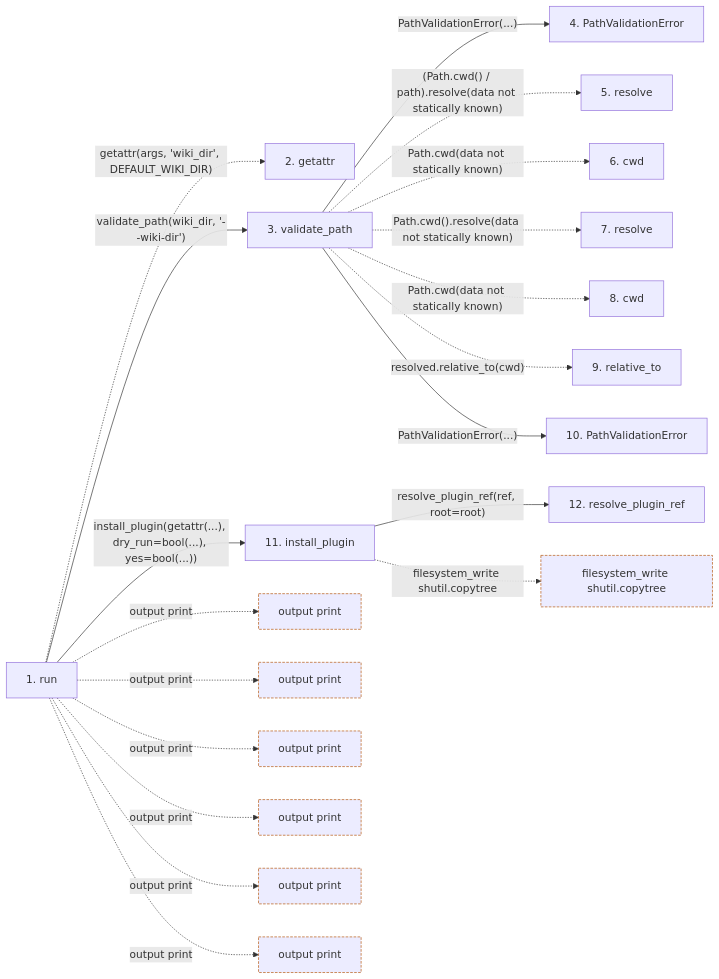
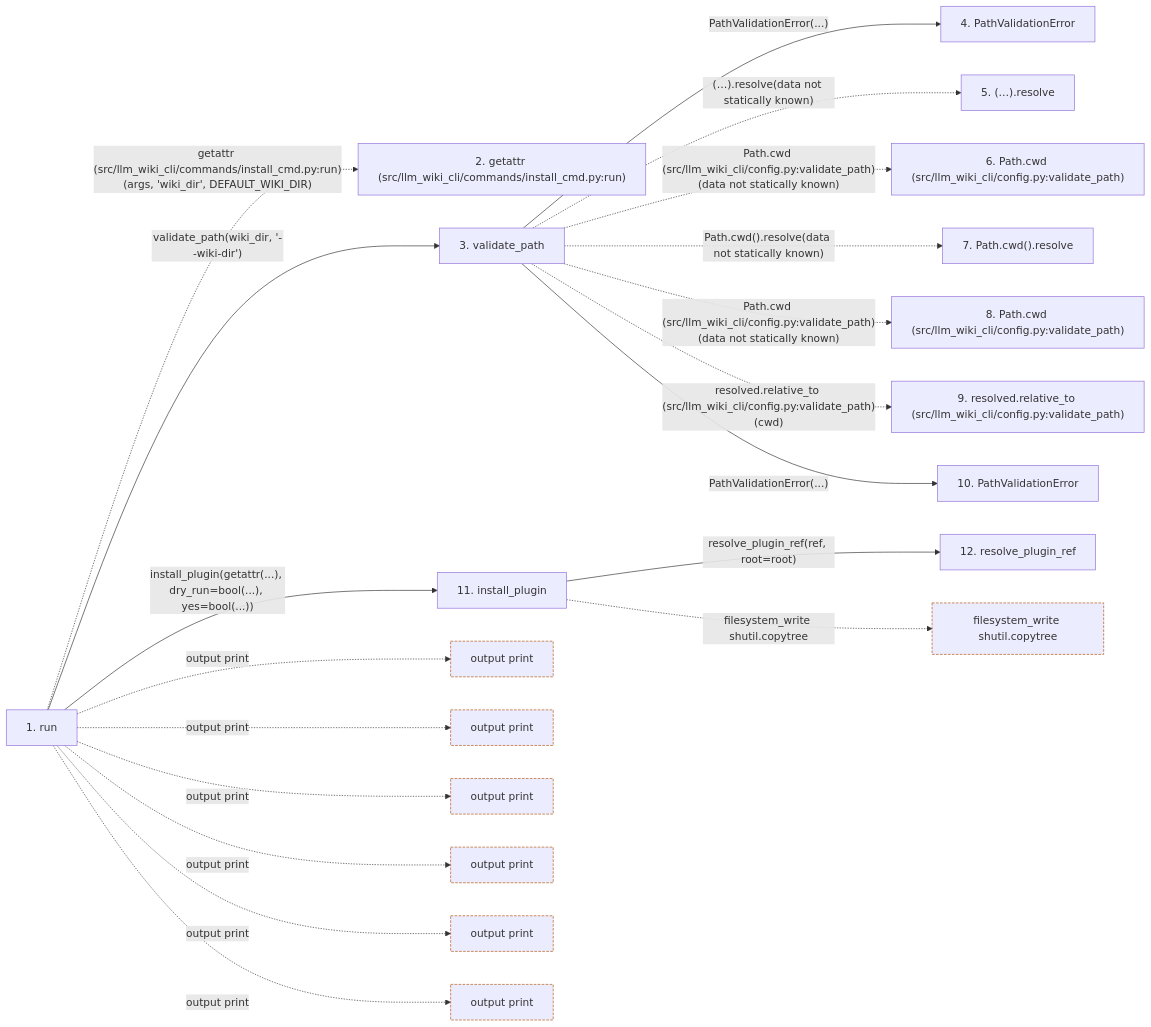
One commit to Denissvgn/python-wiki-llm changed the second of 2 diagrams in docs/llm_wiki/flows/cli-install.md. Above: the diagram before and after it, drawn with Mermaid. The commit also changed other lines of this file and 719 other files, not shown here.

````diff
--- a/docs/llm_wiki/flows/cli-install.md
+++ b/docs/llm_wiki/flows/cli-install.md
@@ -78,54 +83,54 @@
 ```mermaid
 flowchart LR
     s1["1. run"]
-    s2["2. getattr"]
+    s2["2. getattr (src/llm_wiki_cli/commands/install_cmd.py:run)"]
     s3["3. validate_path"]
     s4["4. PathValidationError"]
-    s5["5. resolve"]
-    s6["6. cwd"]
-    s7["7. resolve"]
-    s8["8. cwd"]
-    s9["9. relative_to"]
+    s5["5. (…).resolve"]
+    s6["6. Path.cwd (src/llm_wiki_cli/config.py:validate_path)"]
+    s7["7. Path.cwd().resolve"]
+    s8["8. Path.cwd (src/llm_wiki_cli/config.py:validate_path)"]
+    s9["9. resolved.relative_to (src/llm_wiki_cli/config.py:validate_path)"]
     s10["10. PathValidationError"]
     s11["11. install_plugin"]
     s12["12. resolve_plugin_ref"]
-    s1 -. "getattr(args, 'wiki_dir', DEFAULT_WIKI_DIR)" .-> s2
+    s1 -. "getattr (src/llm_wiki_cli/commands/install_cmd.py:run)(args, 'wiki_dir', DEFAULT_WIKI_DIR)" .-> s2
     s1 -->|"validate_path(wiki_dir, '--wiki-dir')"| s3
     s3 -->|"PathValidationError(...)"| s4
-    s3 -. "(Path.cwd() / path).resolve(data not statically known)" .-> s5
-    s3 -. "Path.cwd(data not statically known)" .-> s6
+    s3 -. "(…).resolve(data not statically known)" .-> s5
+    s3 -. "Path.cwd (src/llm_wiki_cli/config.py:validate_path)(data not statically known)" .-> s6
     s3 -. "Path.cwd().resolve(data not statically known)" .-> s7
-    s3 -. "Path.cwd(data not statically known)" .-> s8
-    s3 -. "resolved.relative_to(cwd)" .-> s9
+    s3 -. "Path.cwd (src/llm_wiki_cli/config.py:validate_path)(data not statically known)" .-> s8
+    s3 -. "resolved.relative_to (src/llm_wiki_cli/config.py:validate_path)(cwd)" .-> s9
     s3 -->|"PathValidationError(...)"| s10
     s1 -->|"install_plugin(getattr(...), dry_run=bool(...), yes=bool(...))"| s11
     s11 -->|"resolve_plugin_ref(ref, root=root)"| s12
     b0["output print"]
     s1 -. "output print" .-> b0
     b1["output print"]
     s1 -. "output print" .-> b1
     b2["output print"]
     s1 -. "output print" .-> b2
     b3["output print"]
     s1 -. "output print" .-> b3
     b4["output print"]
     s1 -. "output print" .-> b4
     b5["output print"]
     s1 -. "output print" .-> b5
     b6["filesystem_write shutil.copytree"]
     s11 -. "filesystem_write shutil.copytree" .-> b6
     click s1 "../modules/install_cmd.md"
     click s3 "../modules/config.md"
     click s4 "../modules/config.md"
     click s10 "../modules/config.md"
     click s11 "../modules/plugins.md"
     click s12 "../modules/plugins.md"
     classDef boundary stroke:#b45309,stroke-dasharray: 4 2
     class b0 boundary
     class b1 boundary
     class b2 boundary
     class b3 boundary
     class b4 boundary
     class b5 boundary
     class b6 boundary
 ```
````
